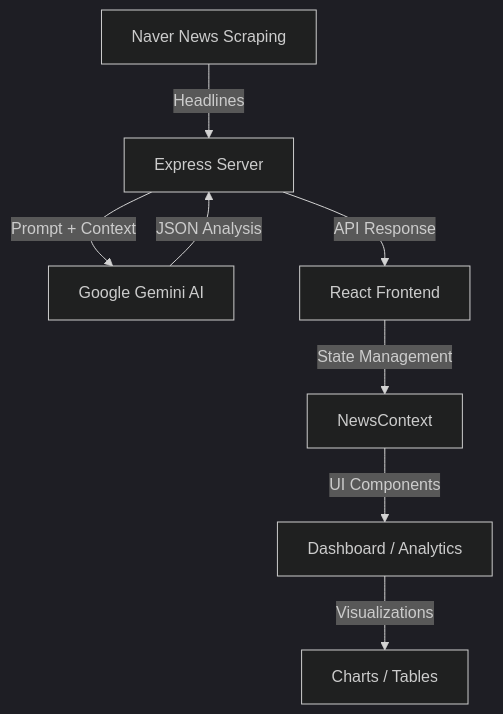
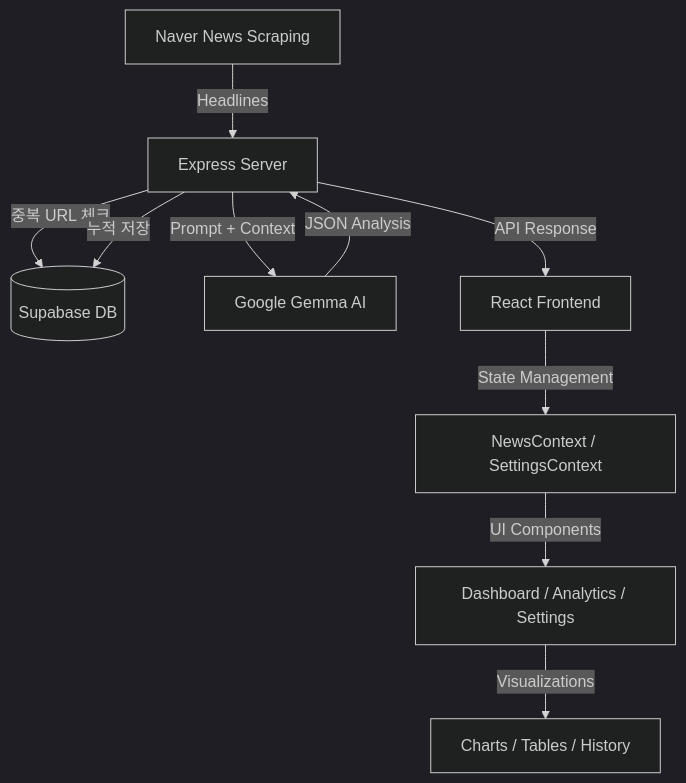
One commit to jpjp92/news changed the diagram in README.md. Above: the diagram before and after it, drawn with Mermaid (dark theme). The commit also changed other lines of this file and 13 other files, not shown here.

First line of the commit message:
feat: add settings component and context for user preferences

````diff
--- a/README.md
+++ b/README.md
@@ -9,10 +9,12 @@
 ```mermaid
 graph TD
     A[Naver News Scraping] -->|Headlines| B[Express Server]
-    B -->|Prompt + Context| C[Google Gemini AI]
-    C -->|JSON Analysis| B
-    B -->|API Response| D[React Frontend]
-    D -->|State Management| E[NewsContext]
-    E -->|UI Components| F[Dashboard / Analytics]
-    F -->|Visualizations| G[Charts / Tables]
+    B -->|중복 URL 체크| C[(Supabase DB)]
+    B -->|Prompt + Context| D[Google Gemma AI]
+    D -->|JSON Analysis| B
+    B -->|누적 저장| C
+    B -->|API Response| E[React Frontend]
+    E -->|State Management| F[NewsContext / SettingsContext]
+    F -->|UI Components| G[Dashboard / Analytics / Settings]
+    G -->|Visualizations| H[Charts / Tables / History]
 ```
````
